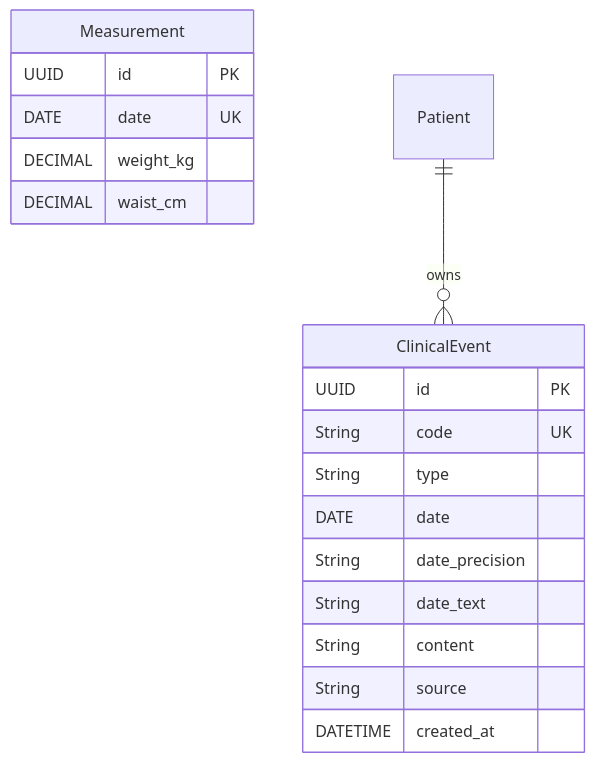
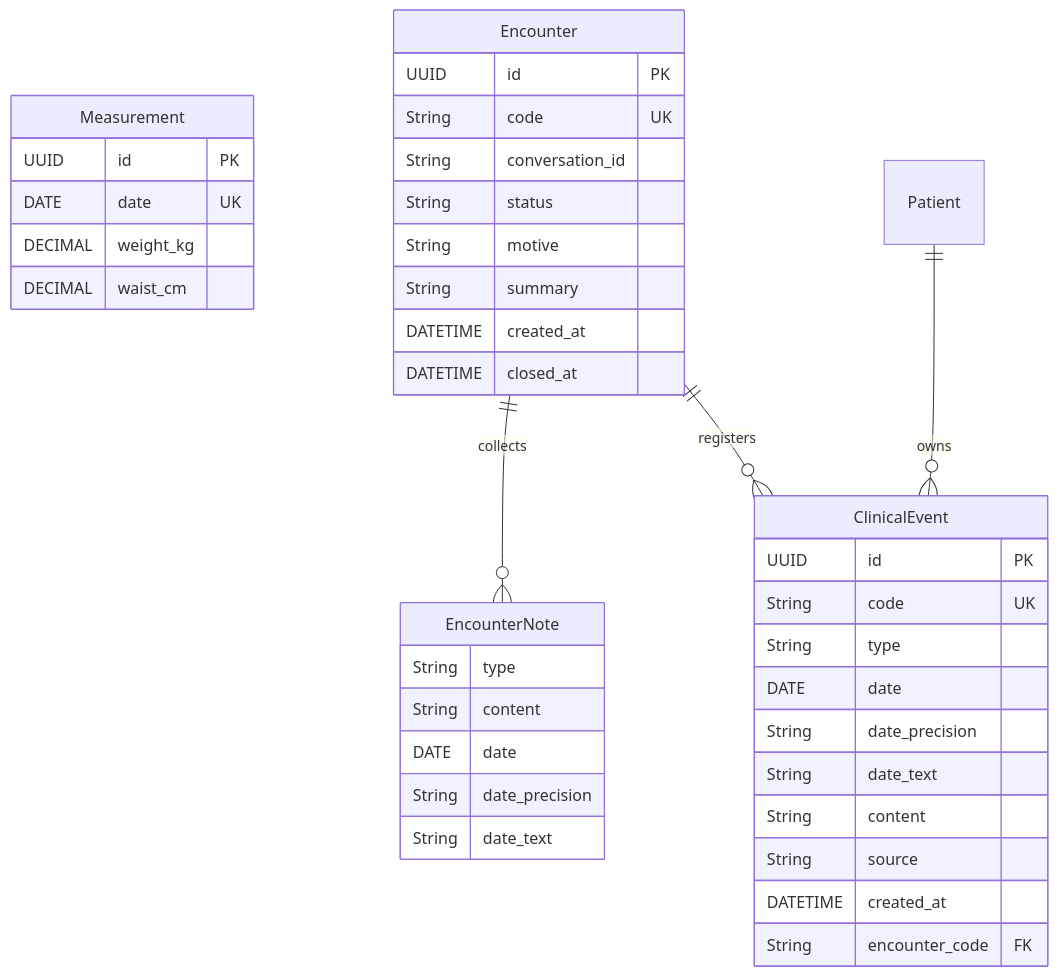
Before and after one commit to devmauriciopineda/careme: the diagram in docs/data-model.md, drawn with Mermaid. The commit also changed other lines of this file and 104 other files, not shown here.

````diff
--- a/docs/data-model.md
+++ b/docs/data-model.md
@@ -209,23 +275,45 @@
 ```mermaid
 erDiagram
     Measurement {
         UUID id PK
         DATE date UK
         DECIMAL weight_kg
         DECIMAL waist_cm
     }
 
     ClinicalEvent {
         UUID id PK
         String code UK
         String type
         DATE date
         String date_precision
         String date_text
         String content
         String source
         DATETIME created_at
+        String encounter_code FK
+    }
+
+    Encounter {
+        UUID id PK
+        String code UK
+        String conversation_id
+        String status
+        String motive
+        String summary
+        DATETIME created_at
+        DATETIME closed_at
+    }
+
+    EncounterNote {
+        String type
+        String content
+        DATE date
+        String date_precision
+        String date_text
     }
 
     Patient ||--o{ ClinicalEvent : "owns"
+    Encounter ||--o{ EncounterNote : "collects"
+    Encounter ||--o{ ClinicalEvent : "registers"
 ```
````
